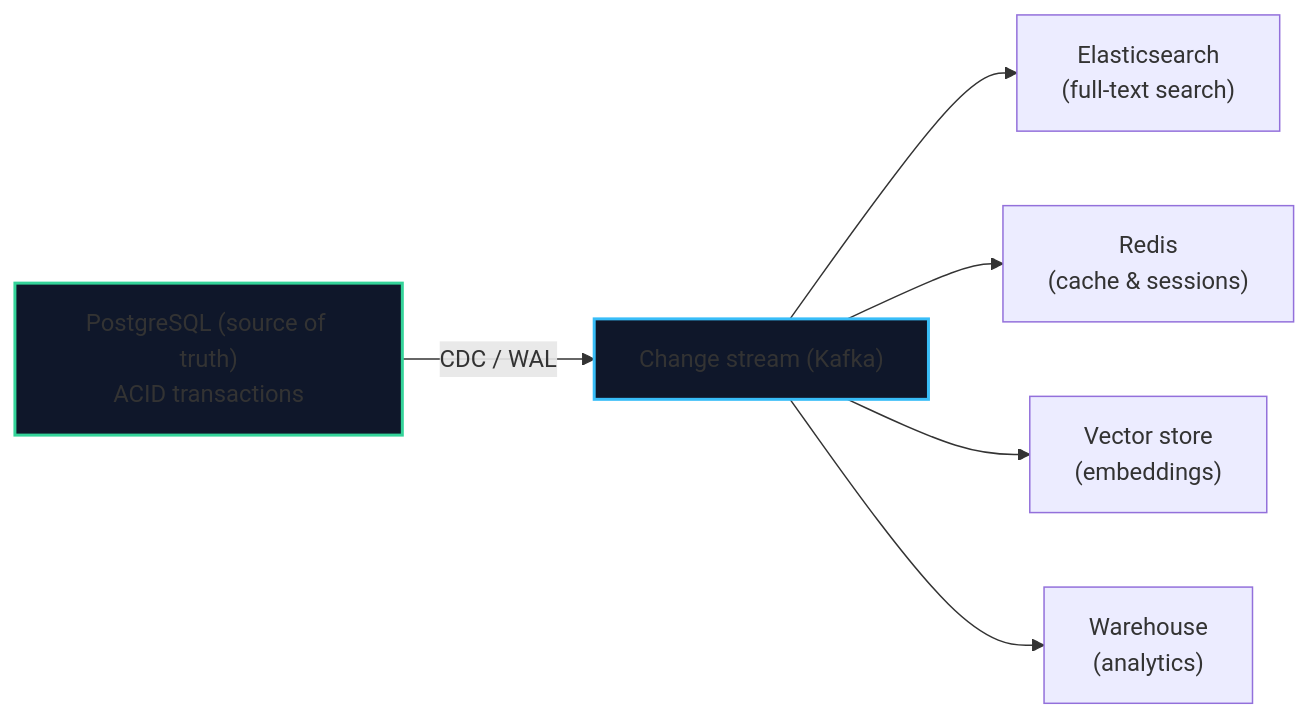
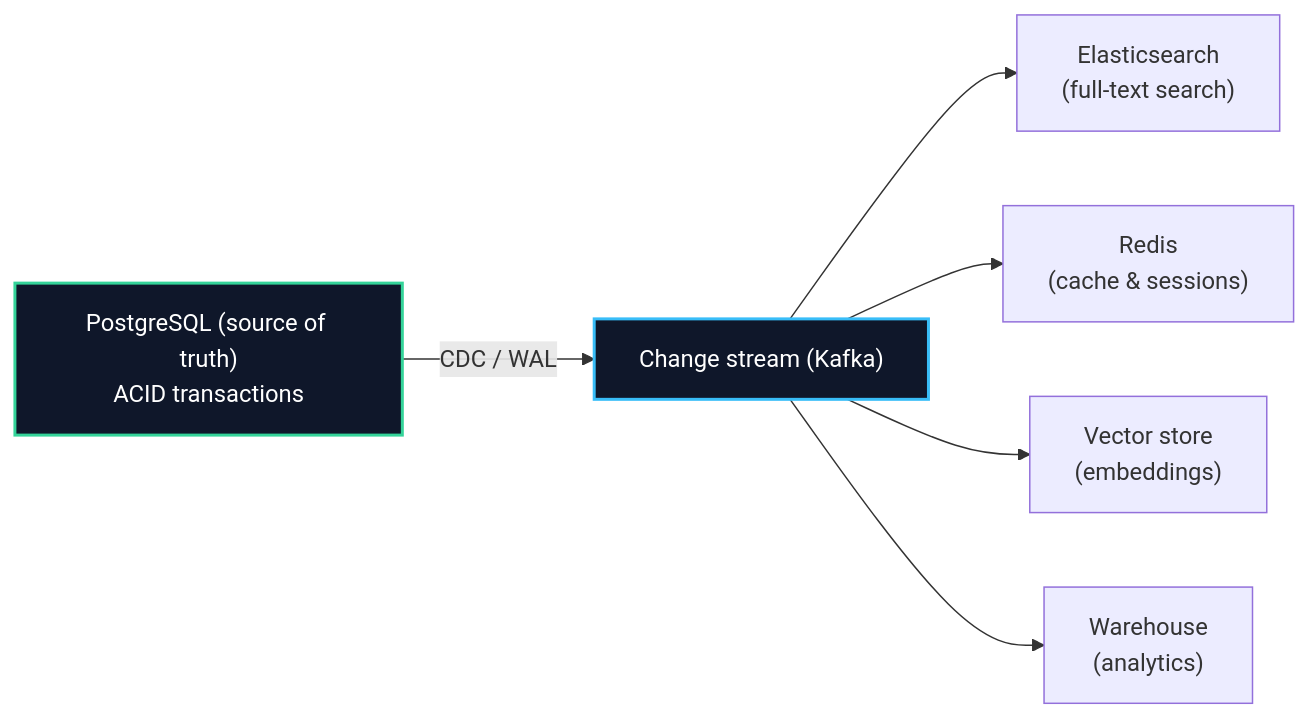
Before and after one commit to 1345AbhishekKumar/cs-cookbook: the fourth of 4 diagrams in content/docs/databases-sql/04-distributed-data-and-nosql/03-distributed-transactions-consensus-and-nosql.mdx, drawn with Mermaid. The commit also changed other lines of this file and 80 other files, not shown here.

````diff
--- a/content/docs/databases-sql/04-distributed-data-and-nosql/03-distributed-transactions-consensus-and-nosql.mdx
+++ b/content/docs/databases-sql/04-distributed-data-and-nosql/03-distributed-transactions-consensus-and-nosql.mdx
@@ -194,11 +194,11 @@
 ```mermaid
 flowchart LR
     PG["PostgreSQL (source of truth)<br/>ACID transactions"] -->|CDC / WAL| Kafka["Change stream (Kafka)"]
     Kafka --> ES["Elasticsearch<br/>(full-text search)"]
     Kafka --> Redis["Redis<br/>(cache & sessions)"]
     Kafka --> Vec["Vector store<br/>(embeddings)"]
     Kafka --> BQ["Warehouse<br/>(analytics)"]
 
-    style PG fill:#0f172a,stroke:#34d399,stroke-width:2px
-    style Kafka fill:#0f172a,stroke:#38bdf8,stroke-width:2px
+    style PG fill:#0f172a,stroke:#34d399,stroke-width:2px,color:#ffffff
+    style Kafka fill:#0f172a,stroke:#38bdf8,stroke-width:2px,color:#ffffff
 ```
````
